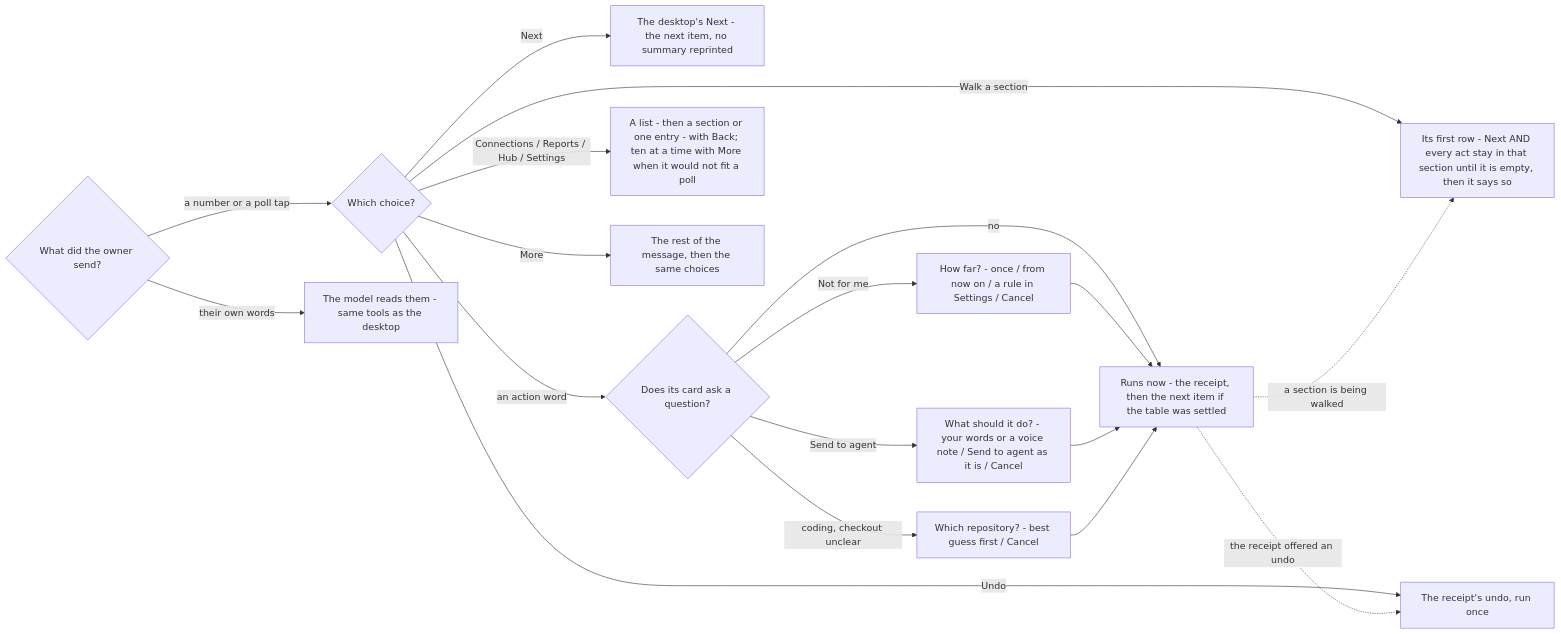
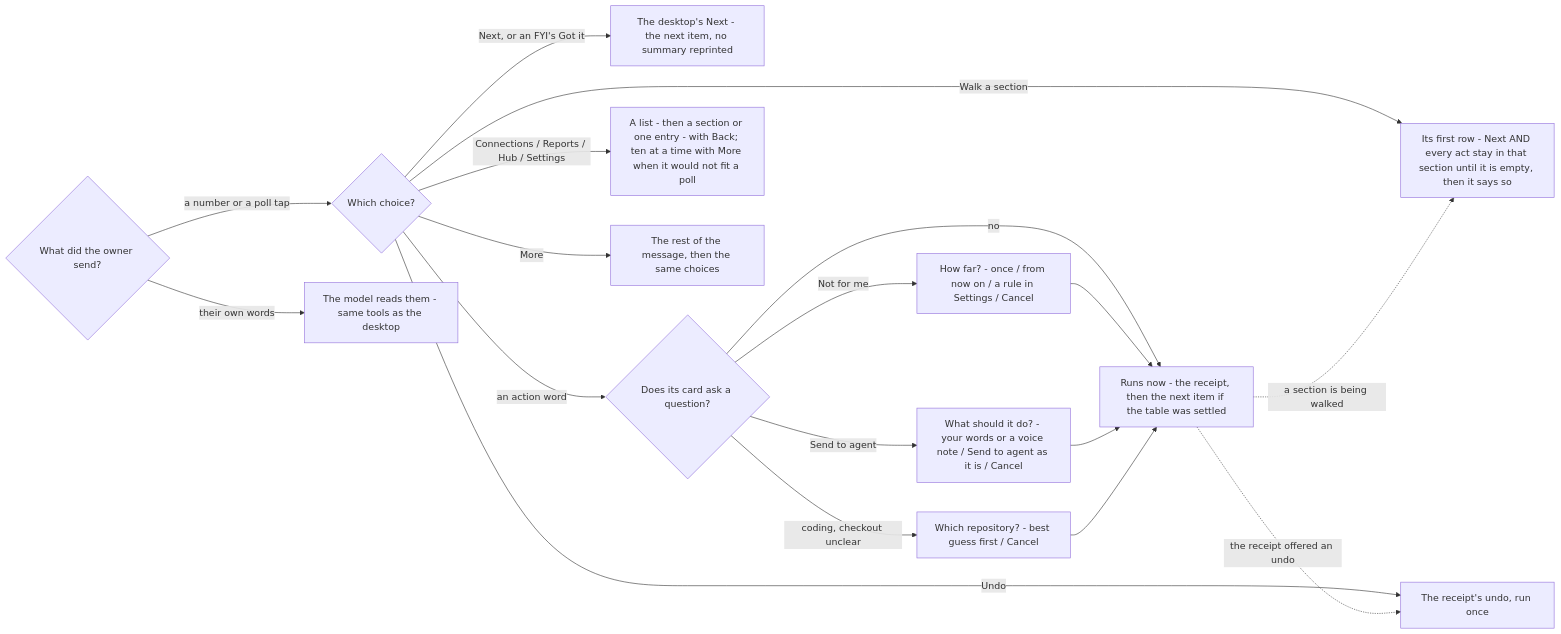
Before and after one commit to ldbumble/taskuary: the diagram in docs/phone-choices.md, drawn with Mermaid. The commit also changed other lines of this file and 2 other files, not shown here.

Commit message:
Phone choices diagram redrawn by hand with today's names
Mermaid's picture was 2473px wide, said Not ours, and had lost the Walk a
section, browse, Undo and More branches. Drawn now in the palette of the
other hand-drawn docs SVGs, from the flowchart in docs/phone-choices.md (Got
it beside Next added there); render-diagrams.mjs no longer overwrites it.

````diff
--- a/docs/phone-choices.md
+++ b/docs/phone-choices.md
@@ -14,21 +16,21 @@
 ```mermaid
 flowchart LR
   P{"What did the owner send?"}
   P -->|a number or a poll tap| A{"Which choice?"}
   P -->|their own words| M["The model reads them - same tools as the desktop"]
-  A -->|Next| N["The desktop's Next - the next item, no summary reprinted"]
+  A -->|Next, or an FYI's Got it| N["The desktop's Next - the next item, no summary reprinted"]
   A -->|an action word| D{"Does its card ask a question?"}
   D -->|no| R["Runs now - the receipt, then the next item if the table was settled"]
   D -->|Not for me| H["How far? - once / from now on / a rule in Settings / Cancel"]
   D -->|Send to agent| W["What should it do? - your words or a voice note / Send to agent as it is / Cancel"]
   D -->|coding, checkout unclear| C["Which repository? - best guess first / Cancel"]
   H --> R
   W --> R
   C --> R
   A -->|Undo| U["The receipt's undo, run once"]
   A -->|Walk a section| S["Its first row - Next AND every act stay in that section until it is empty, then it says so"]
   A -->|Connections / Reports / Hub / Settings| B["A list - then a section or one entry - with Back; ten at a time with More when it would not fit a poll"]
   R -.->|a section is being walked| S
   A -->|More| O["The rest of the message, then the same choices"]
   R -.->|the receipt offered an undo| U
 ```
````
